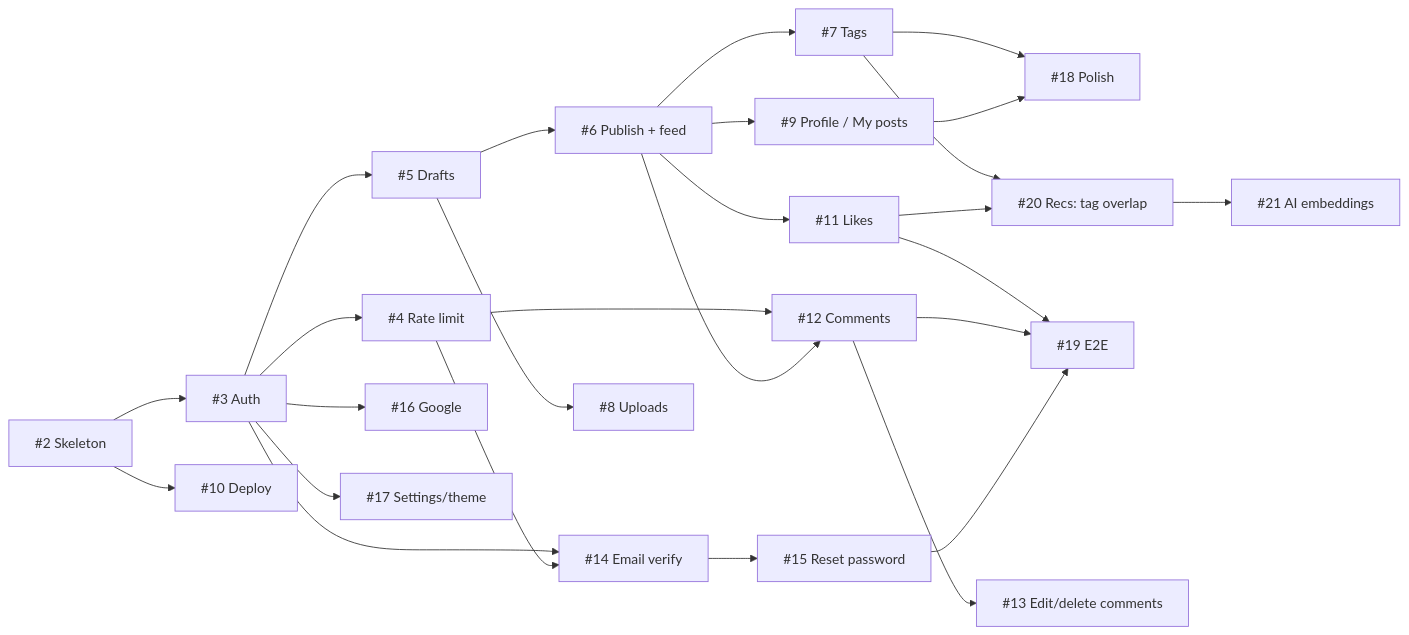
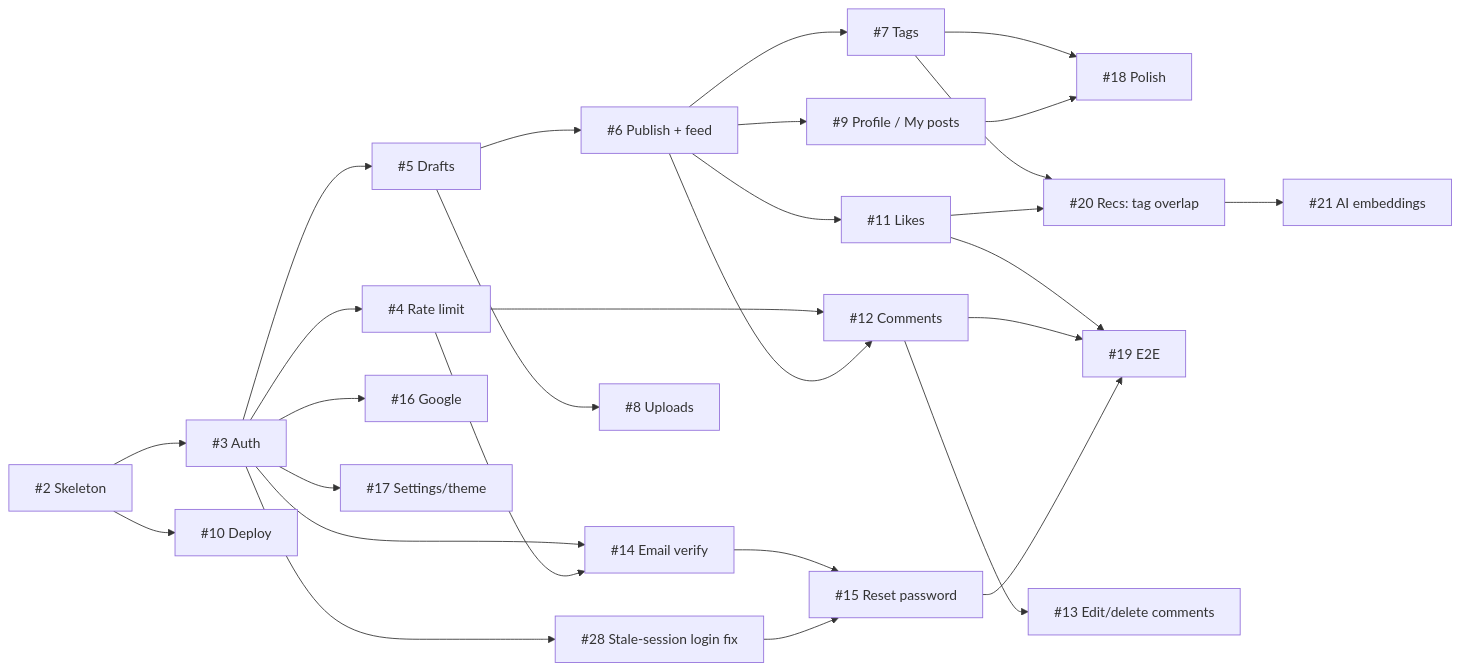
The diagram in docs/agents/roadmap.md (ja03/pencil), drawn with Mermaid before and after one commit. The commit also changed other lines of this file, not shown here.

First line of the commit message:
Add #28 to the roadmap

````diff
--- a/docs/agents/roadmap.md
+++ b/docs/agents/roadmap.md
@@ -51,28 +51,30 @@
 ```mermaid
 flowchart LR
   I2[#2 Skeleton] --> I3[#3 Auth]
   I2 --> I10[#10 Deploy]
   I3 --> I4[#4 Rate limit]
   I3 --> I5[#5 Drafts]
   I3 --> I14[#14 Email verify]
   I3 --> I16[#16 Google]
   I3 --> I17[#17 Settings/theme]
   I4 --> I12[#12 Comments]
   I4 --> I14
   I5 --> I6[#6 Publish + feed]
   I5 --> I8[#8 Uploads]
   I6 --> I7[#7 Tags]
   I6 --> I9[#9 Profile / My posts]
   I6 --> I11[#11 Likes]
   I6 --> I12
   I7 --> I18[#18 Polish]
   I9 --> I18
   I7 --> I20[#20 Recs: tag overlap]
   I11 --> I20
   I11 --> I19[#19 E2E]
   I12 --> I13[#13 Edit/delete comments]
   I12 --> I19
   I14 --> I15[#15 Reset password]
+  I3 --> I28[#28 Stale-session login fix]
+  I28 --> I15
   I15 --> I19
   I20 --> I21[#21 AI embeddings]
 ```
````
